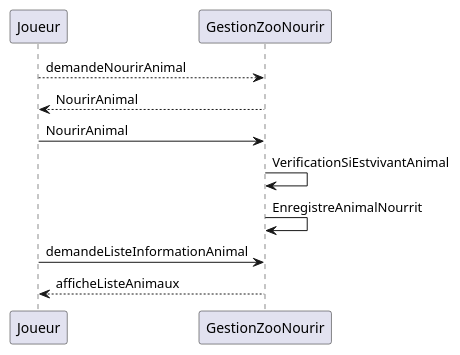
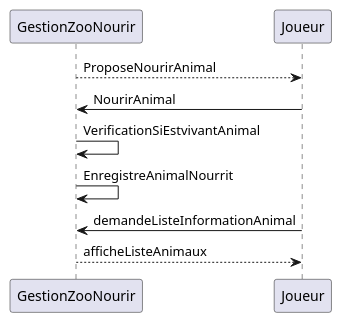
Before and after one commit to Idricealy/JeuZoo: the diagram in src/doc/DiagrameSequenceNourir.md, drawn with PlantUML. The commit also changed 3 other files, not shown here.

Commit message:
je changer 4 diagrame

```diff
--- a/src/doc/DiagrameSequenceNourir.md
+++ b/src/doc/DiagrameSequenceNourir.md
@@ -1,18 +1,18 @@
 @startuml
 
-Joueur --> GestionZooNourir: demandeNourirAnimal
-GestionZooNourir --> Joueur : NourirAnimal
-Joueur -> GestionZooNourir: NourirAnimal
+GestionZooNourir--> Joueur: ProposeNourirAnimal
+Joueur -> GestionZooNourir : NourirAnimal
+
 GestionZooNourir ->  GestionZooNourir: VerificationSiEstvivantAnimal
 
 GestionZooNourir ->  GestionZooNourir: EnregistreAnimalNourrit
 
 Joueur -> GestionZooNourir: demandeListeInformationAnimal
 
 GestionZooNourir -->  Joueur: afficheListeAnimaux
 
 	
 	
 	
 
 @enduml
```
